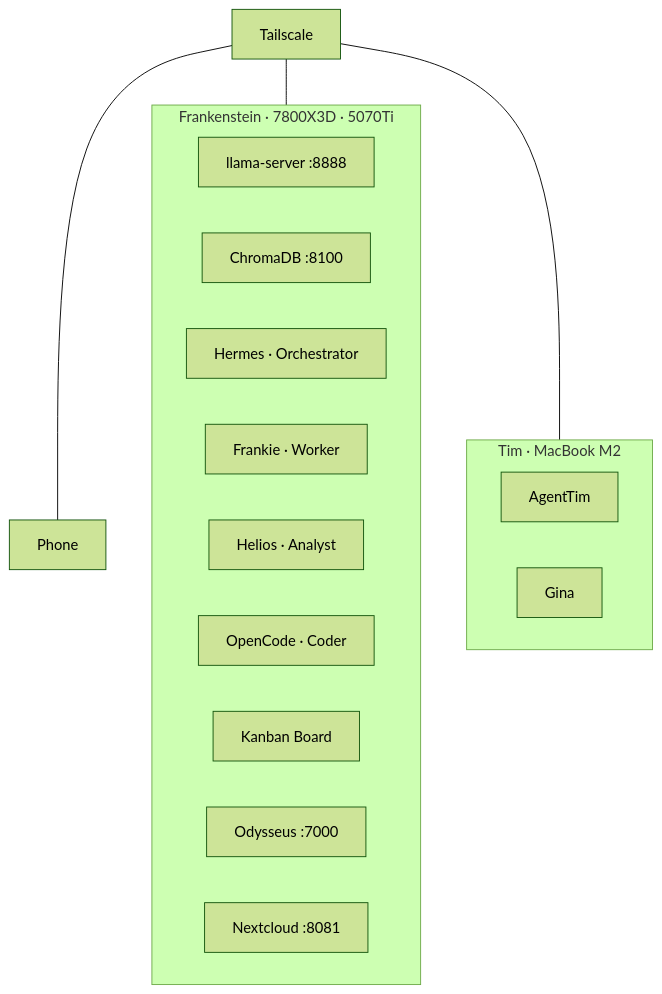
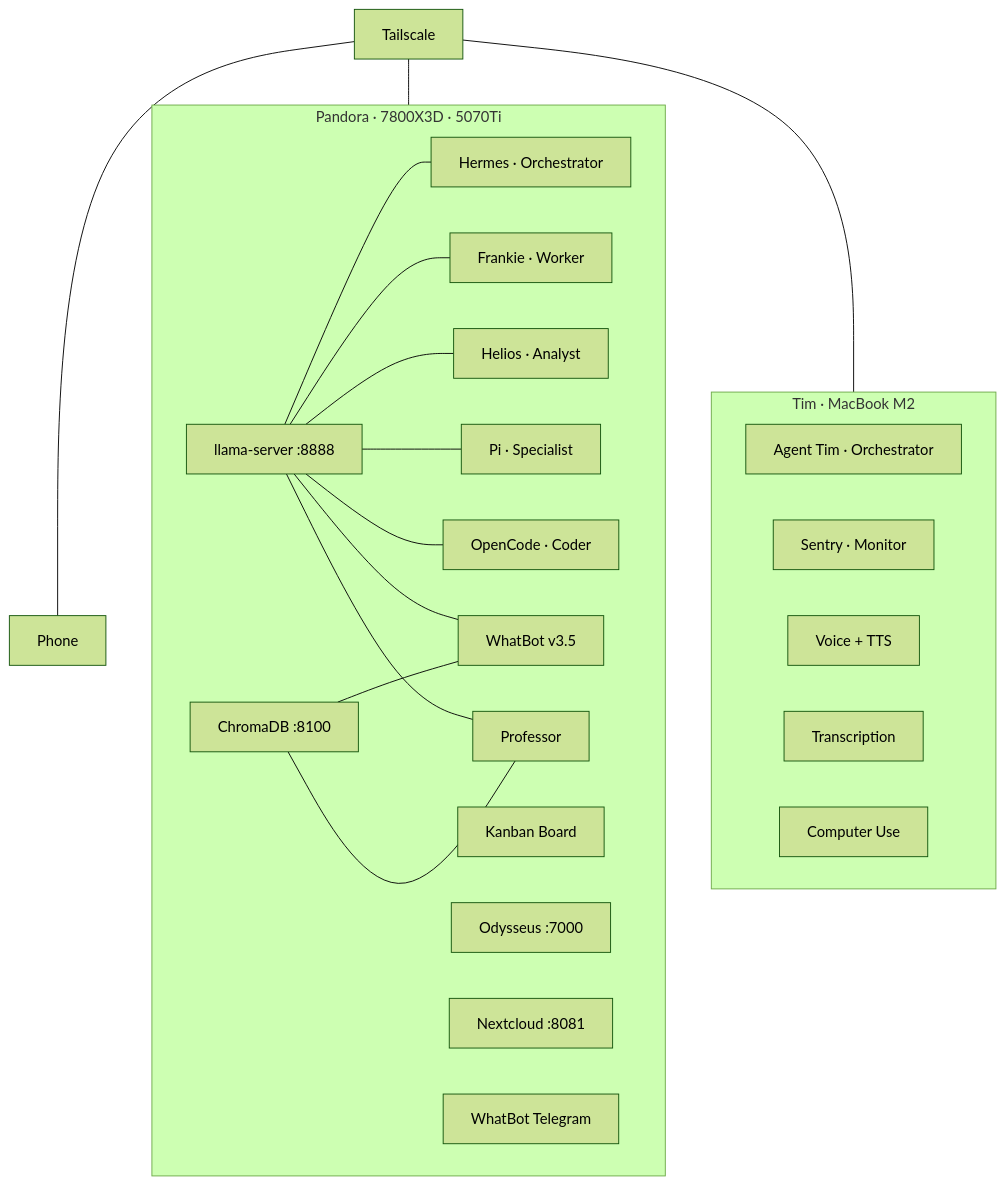
One commit to stopabidi/ai-architecture changed the diagram in JOURNEY.md. Above: the diagram before and after it, drawn with Mermaid (forest theme). The commit also changed other lines of this file and 1 other file, not shown here.

First line of the commit message:
Full rewrite: updated architecture docs with real journey

````diff
--- a/JOURNEY.md
+++ b/JOURNEY.md
@@ -75,21 +144,37 @@
 ```mermaid
 graph TB
-    subgraph F[Frankenstein · 7800X3D · 5070Ti]
+    subgraph P[Pandora · 7800X3D · 5070Ti]
         LLM[llama-server :8888]
         VEC[ChromaDB :8100]
         H[Hermes · Orchestrator]
-        F1[Frankie · Worker]
-        H2[Helios · Analyst]
+        F[Frankie · Worker]
+        HE[Helios · Analyst]
+        PI[Pi · Specialist]
         OC[OpenCode · Coder]
         KB[Kanban Board]
         OD[Odysseus :7000]
         NC[Nextcloud :8081]
+        WB[WhatBot v3.5]
+        WT[WhatBot Telegram]
+        PR[Professor]
     end
     subgraph T[Tim · MacBook M2]
-        AT[AgentTim]
-        GP[Gina]
+        AT[Agent Tim · Orchestrator]
+        SN[Sentry · Monitor]
+        VO[Voice + TTS]
+        TR[Transcription]
+        CU[Computer Use]
     end
-    TS[Tailscale] --- F
+    TS[Tailscale] --- P
     TS --- T
     TS --- Phone
+    LLM --- H
+    LLM --- F
+    LLM --- HE
+    LLM --- PI
+    LLM --- OC
+    LLM --- WB
+    LLM --- PR
+    VEC --- WB
+    VEC --- PR
 ```
````
